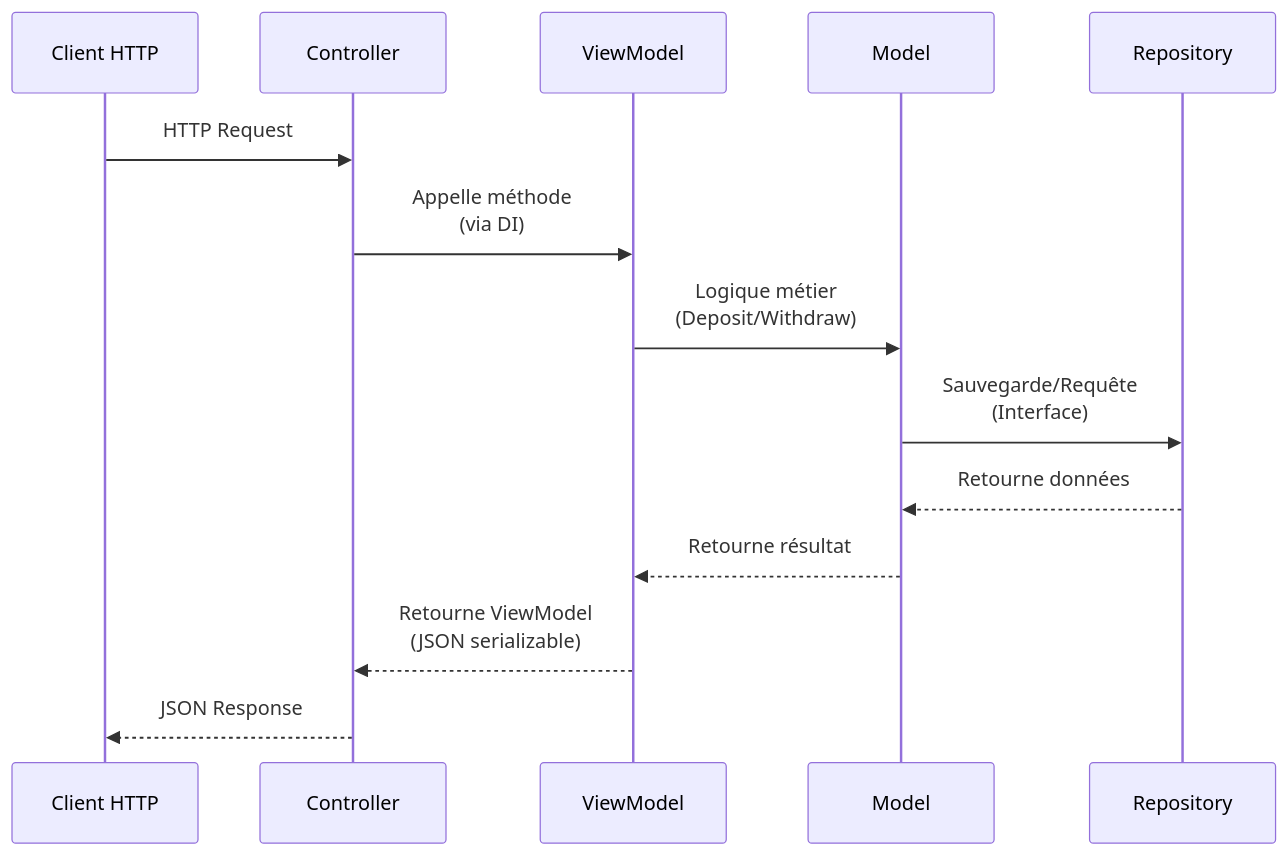
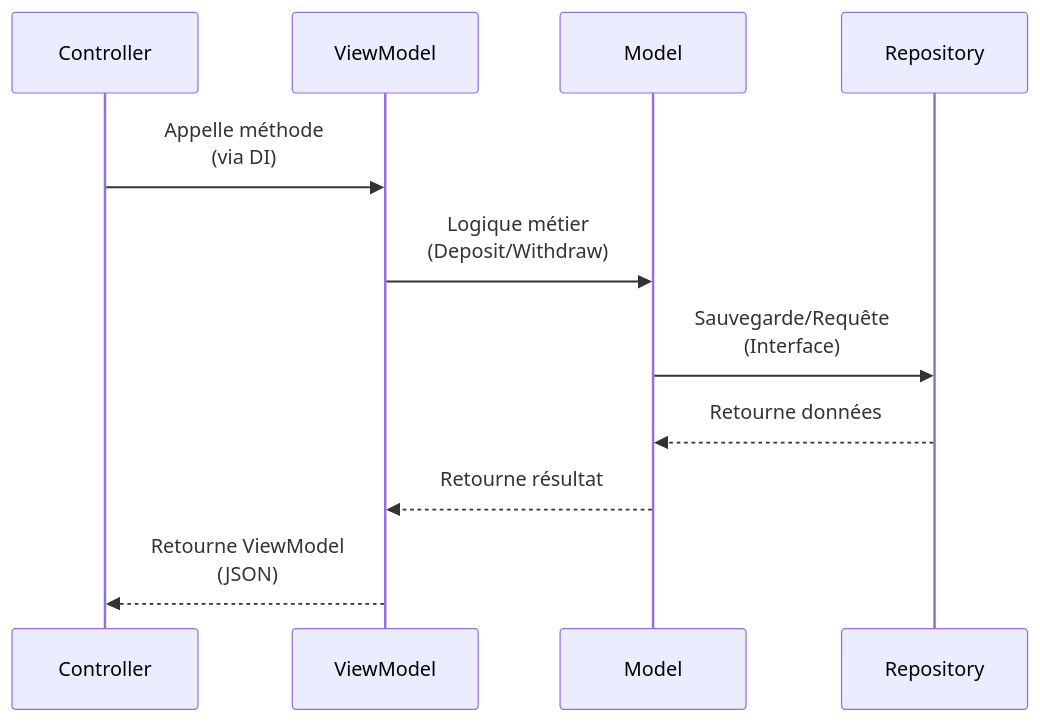
The second of 2 diagrams in README.md (EL-R1/BankingKata-MVVM), drawn with Mermaid before and after one commit. The commit also changed other lines of this file, not shown here.

Commit message:
Simplify Mermaid diagrams to pure MVVM representation

````diff
--- a/README.md
+++ b/README.md
@@ -119,17 +108,14 @@
 ```mermaid
 sequenceDiagram
-    participant Client as Client HTTP
-    participant Controller as Controller
-    participant ViewModel as ViewModel
-    participant Model as Model
-    participant Repository as Repository
+    participant C as Controller
+    participant VM as ViewModel
+    participant M as Model
+    participant R as Repository
 
-    Client->>Controller: HTTP Request
-    Controller->>ViewModel: Appelle méthode<br/>(via DI)
-    ViewModel->>Model: Logique métier<br/>(Deposit/Withdraw)
-    Model->>Repository: Sauvegarde/Requête<br/>(Interface)
-    Repository-->>Model: Retourne données
-    Model-->>ViewModel: Retourne résultat
-    ViewModel-->>Controller: Retourne ViewModel<br/>(JSON serializable)
-    Controller-->>Client: JSON Response
+    C->>VM: Appelle méthode<br/>(via DI)
+    VM->>M: Logique métier<br/>(Deposit/Withdraw)
+    M->>R: Sauvegarde/Requête<br/>(Interface)
+    R-->>M: Retourne données
+    M-->>VM: Retourne résultat
+    VM-->>C: Retourne ViewModel<br/>(JSON)
 ```
````
